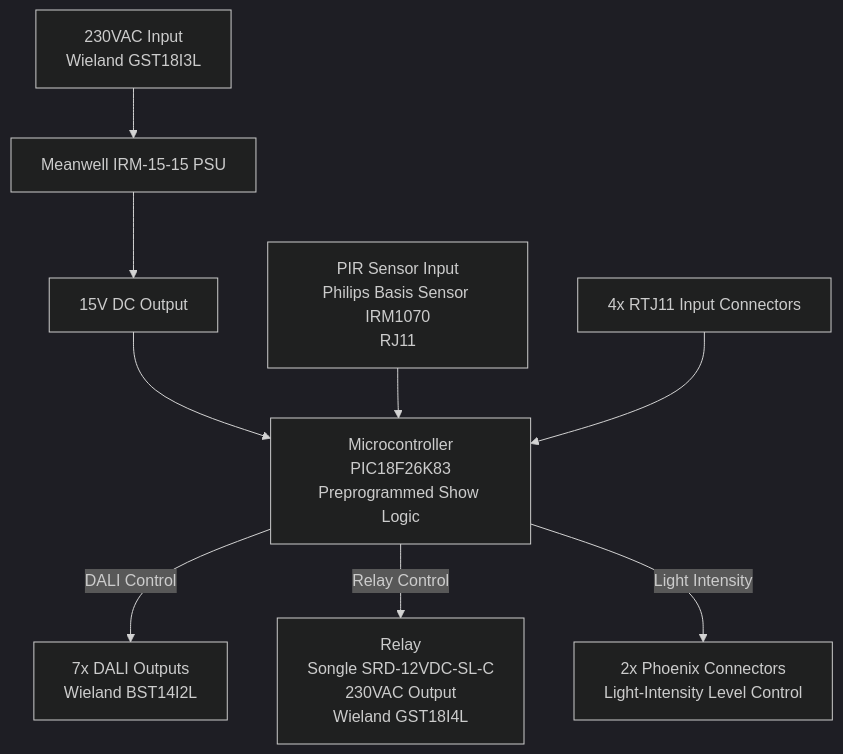
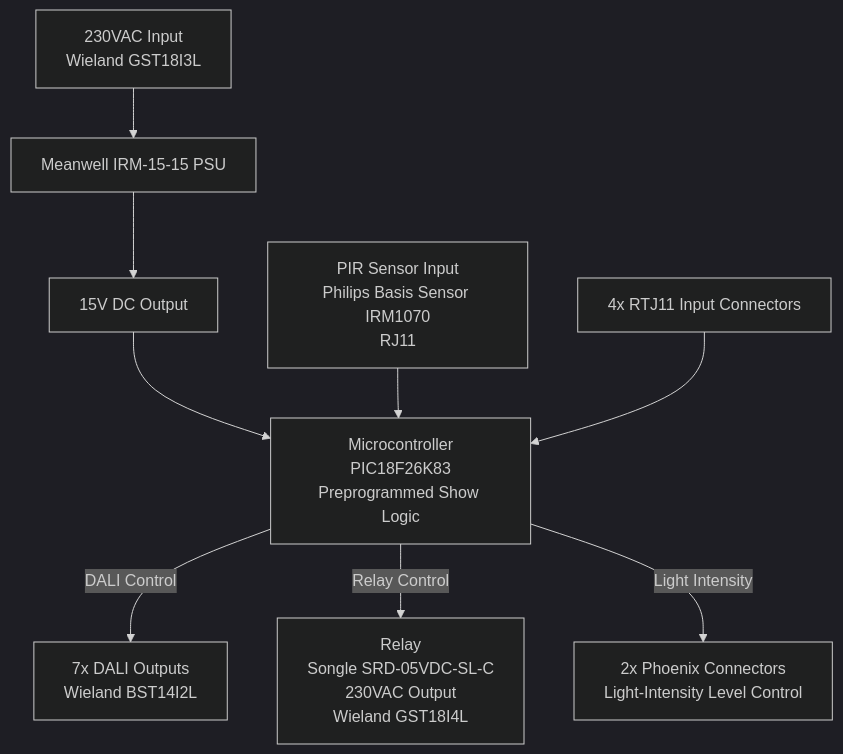
One commit to victorclaylight/BellaSky changed the diagram in CE_Approval_Document_DALI2_PIR_Controller_v1.0.md. Above: the diagram before and after it, drawn with Mermaid (dark theme). The commit also changed other lines of this file, not shown here.

First line of the commit message:
Change relay model to SRD-05VDC-SL-C

````diff
--- a/CE_Approval_Document_DALI2_PIR_Controller_v1.0.md
+++ b/CE_Approval_Document_DALI2_PIR_Controller_v1.0.md
@@ -56,11 +56,11 @@
 ```mermaid
 graph TD
     A[230VAC Input<br>Wieland GST18I3L] --> B[Meanwell IRM-15-15 PSU]
     B --> C[15V DC Output]
     C --> D[Microcontroller<br>PIC18F26K83<br>Preprogrammed Show Logic]
     D -->|DALI Control| E[7x DALI Outputs<br>Wieland BST14I2L]
-    D -->|Relay Control| F[Relay<br>Songle SRD-12VDC-SL-C<br>230VAC Output<br>Wieland GST18I4L]
+    D -->|Relay Control| F[Relay<br>Songle SRD-05VDC-SL-C<br>230VAC Output<br>Wieland GST18I4L]
     D -->|Light Intensity| G[2x Phoenix Connectors<br>Light-Intensity Level Control]
     H[PIR Sensor Input<br>Philips Basis Sensor IRM1070<br>RJ11] --> D
     I[4x RTJ11 Input Connectors] --> D
 ```
````
